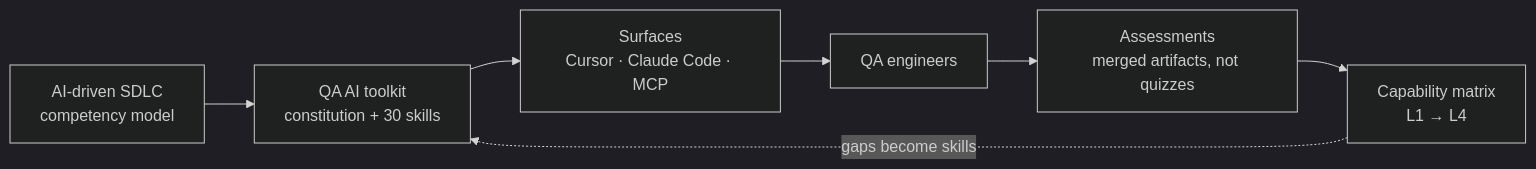
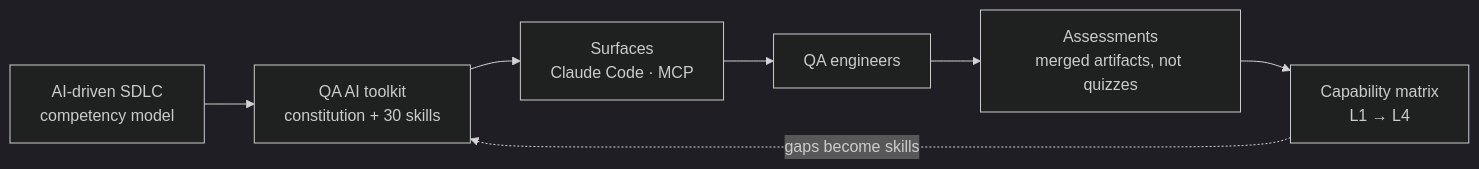
Before and after one commit to georgikazandzhiev-code/ai-native-qa-toolkit: the diagram in GOVERNANCE.md, drawn with Mermaid (dark theme). The commit also changed other lines of this file and 9 other files, not shown here.

````diff
--- a/GOVERNANCE.md
+++ b/GOVERNANCE.md
@@ -15,9 +15,9 @@
 ```mermaid
 flowchart LR
   A["AI-driven SDLC<br/>competency model"] --> B["QA AI toolkit<br/>constitution + 30 skills"]
-  B --> C["Surfaces<br/>Cursor · Claude Code · MCP"]
+  B --> C["Surfaces<br/>Claude Code · MCP"]
   C --> D["QA engineers"]
   D --> E["Assessments<br/>merged artifacts, not quizzes"]
   E --> F["Capability matrix<br/>L1 → L4"]
   F -.->|"gaps become skills"| B
 ```
````
